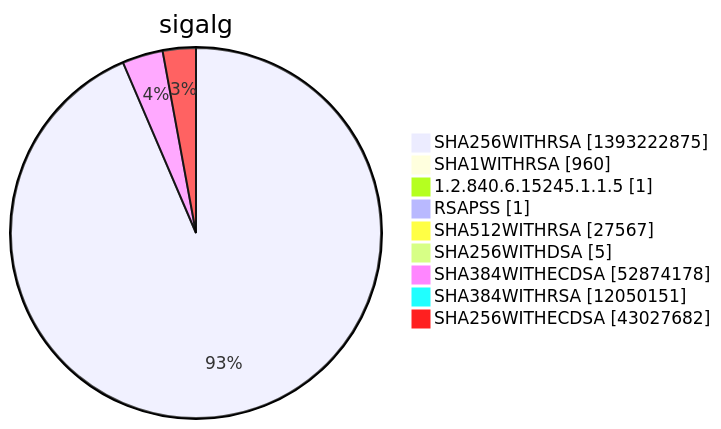
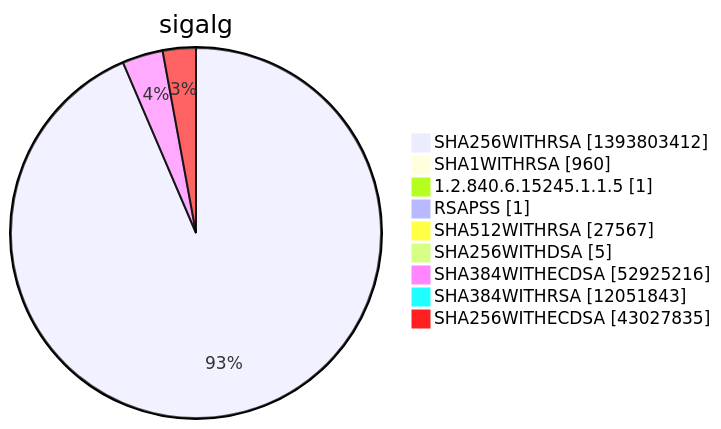
Diagram 15 of 15 in argon2022/README.md (christiankrug/ctmonitor_visualization), drawn with Mermaid before and after one commit. The commit also changed other lines of this file, not shown here.

````diff
--- a/argon2022/README.md
+++ b/argon2022/README.md
@@ -5524,13 +5524,13 @@
 ```mermaid
 pie showData
 title sigalg
-"SHA256WITHRSA" :1393222875
+"SHA256WITHRSA" :1393803412
 "SHA1WITHRSA" :960
 "1.2.840.6.15245.1.1.5" :1
 "RSAPSS" :1
 "SHA512WITHRSA" :27567
 "SHA256WITHDSA" :5
-"SHA384WITHECDSA" :52874178
-"SHA384WITHRSA" :12050151
-"SHA256WITHECDSA" :43027682
+"SHA384WITHECDSA" :52925216
+"SHA384WITHRSA" :12051843
+"SHA256WITHECDSA" :43027835
 ```
````
